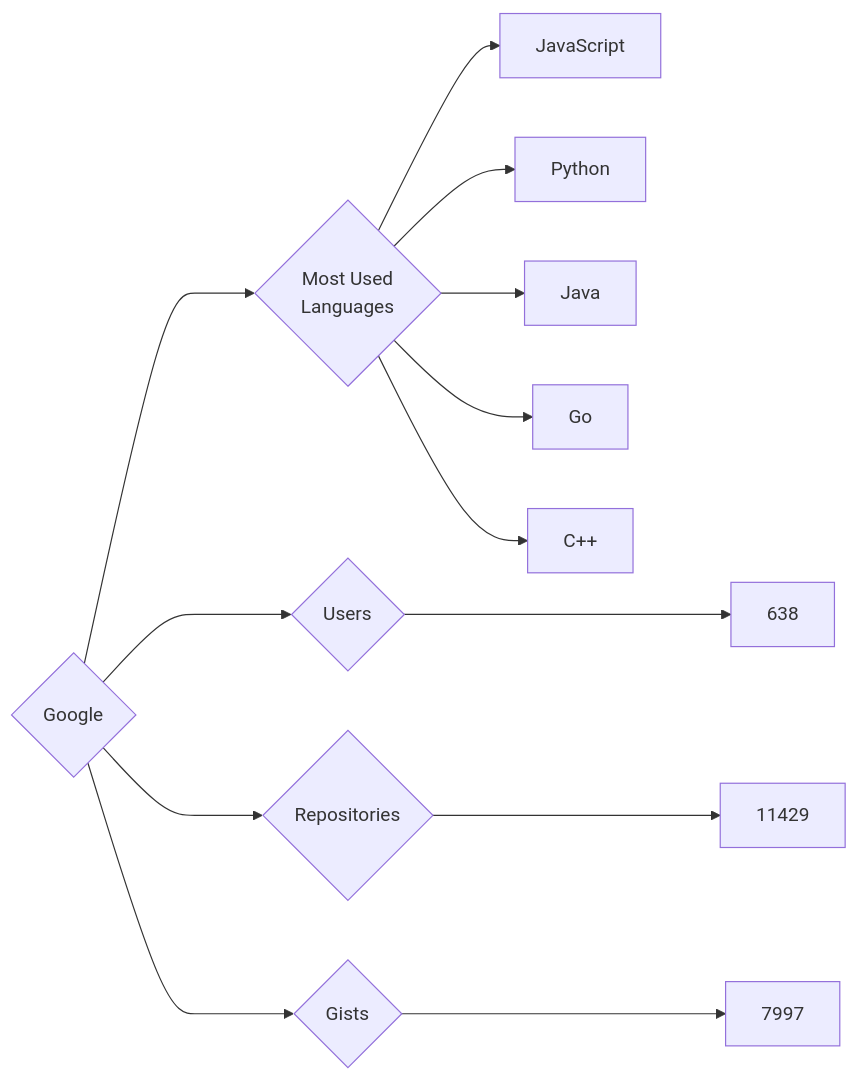
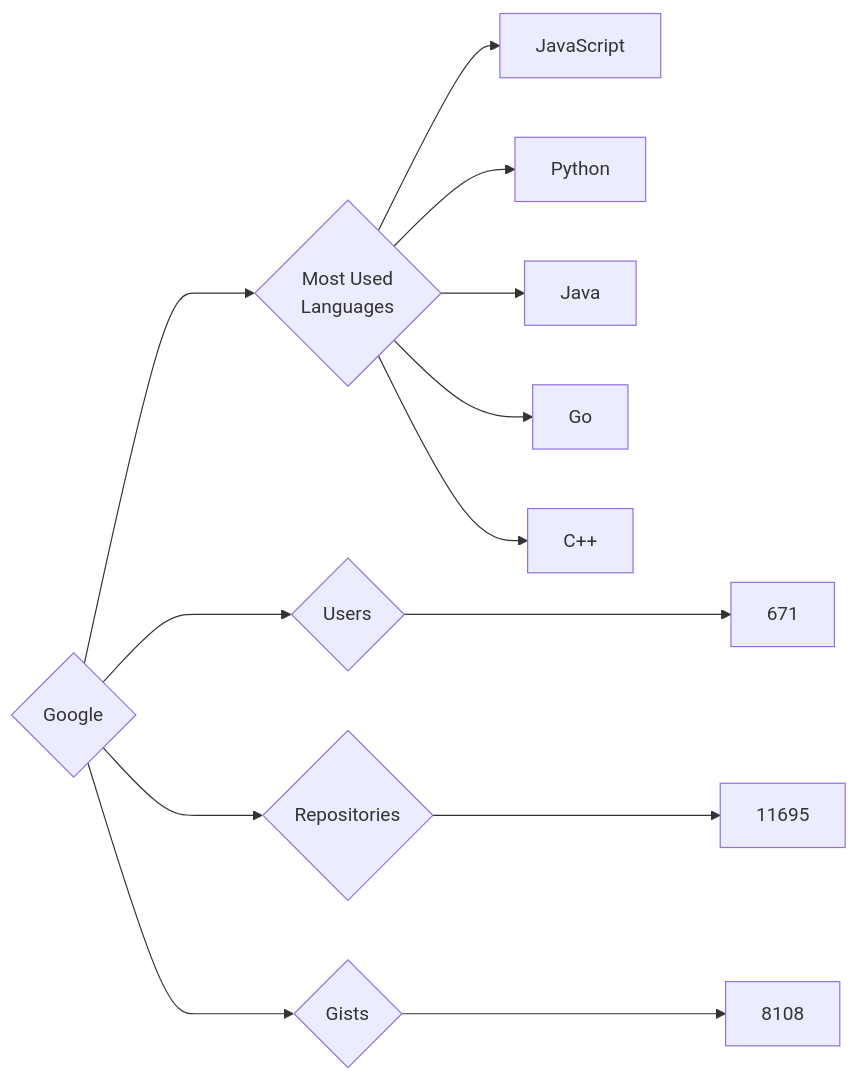
The diagram in targets/Google/README.md (trickest/insiders), drawn with Mermaid before and after one commit. The commit also changed 752 other files, not shown here.

````diff
--- a/targets/Google/README.md
+++ b/targets/Google/README.md
@@ -3,13 +3,13 @@
 ```mermaid
 graph LR
 COMPANY_NAME{Google}
-COMPANY_NAME ---> U{Users} ---> UN[638]
-COMPANY_NAME ---> R{Repositories} ---> RN[11429]
-COMPANY_NAME ---> G{Gists} ---> GN[7997]
+COMPANY_NAME ---> U{Users} ---> UN[671]
+COMPANY_NAME ---> R{Repositories} ---> RN[11695]
+COMPANY_NAME ---> G{Gists} ---> GN[8108]
 COMPANY_NAME ---> ML{Most Used<br>Languages}
 ML --> JavaScript[JavaScript]
 ML --> Python[Python]
 ML --> Java[Java]
 ML --> Go[Go]
 ML --> C++[C++]
 ```
````
